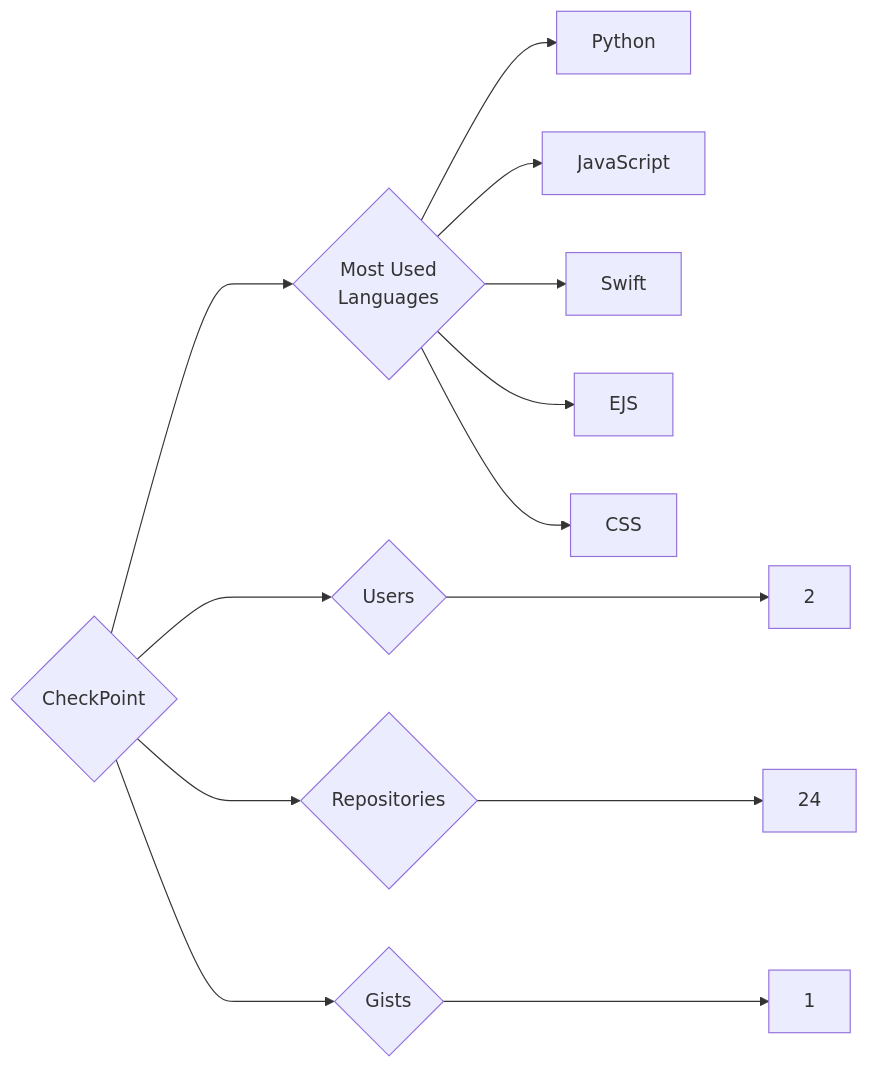
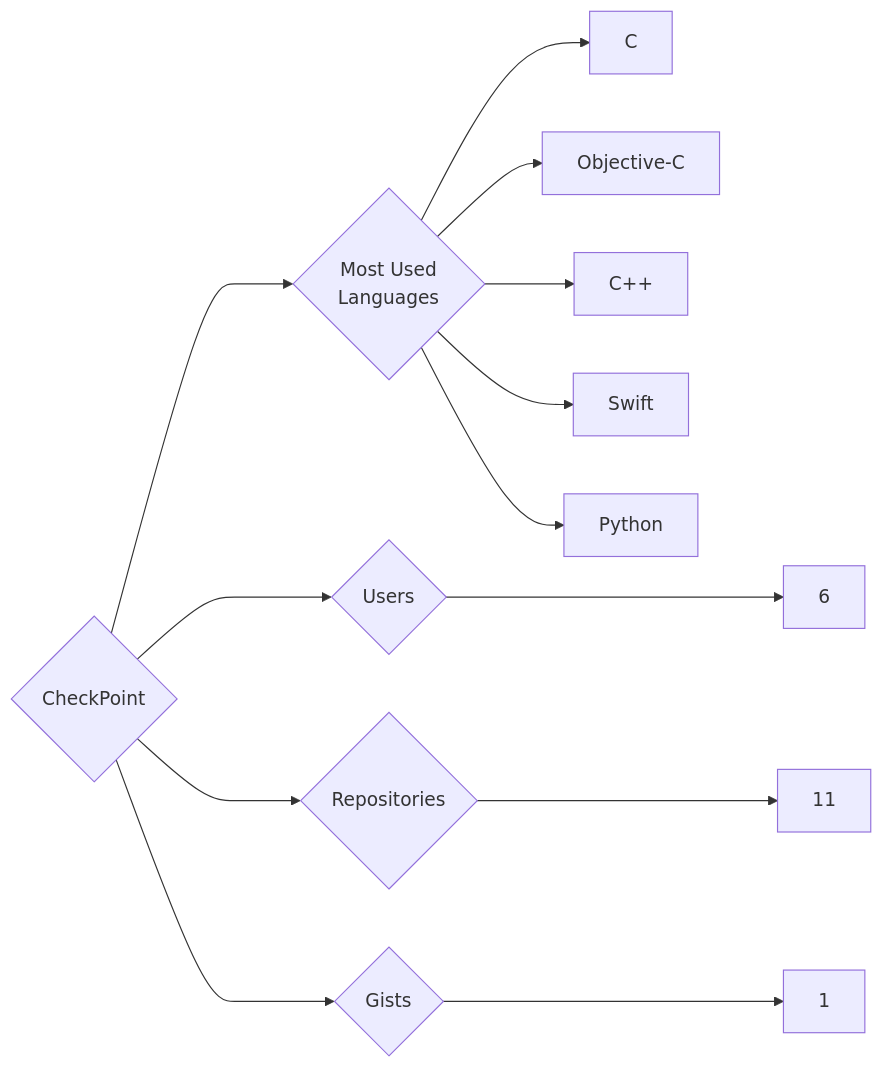
The diagram in targets/CheckPoint/README.md (trickest/insiders), drawn with Mermaid before and after one commit. The commit also changed 874 other files, not shown here.

````diff
--- a/targets/CheckPoint/README.md
+++ b/targets/CheckPoint/README.md
@@ -3,13 +3,13 @@
 ```mermaid
 graph LR
 COMPANY_NAME{CheckPoint}
-COMPANY_NAME ---> U{Users} ---> UN[2]
-COMPANY_NAME ---> R{Repositories} ---> RN[24]
+COMPANY_NAME ---> U{Users} ---> UN[6]
+COMPANY_NAME ---> R{Repositories} ---> RN[11]
 COMPANY_NAME ---> G{Gists} ---> GN[1]
 COMPANY_NAME ---> ML{Most Used<br>Languages}
+ML --> C[C]
+ML --> Objective-C[Objective-C]
+ML --> C++[C++]
+ML --> Swift[Swift]
 ML --> Python[Python]
-ML --> JavaScript[JavaScript]
-ML --> Swift[Swift]
-ML --> EJS[EJS]
-ML --> CSS[CSS]
 ```
````
